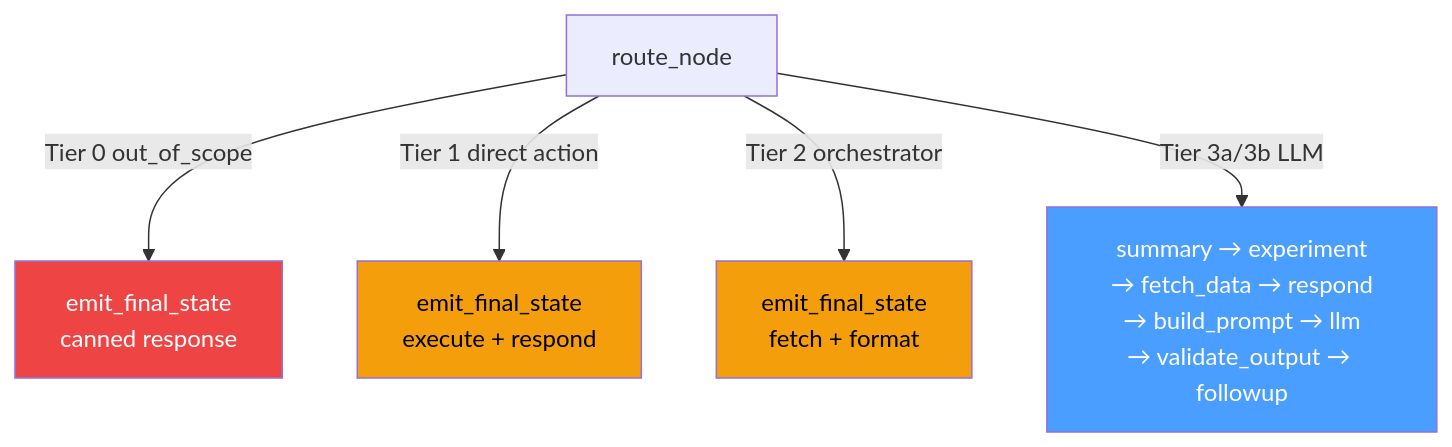
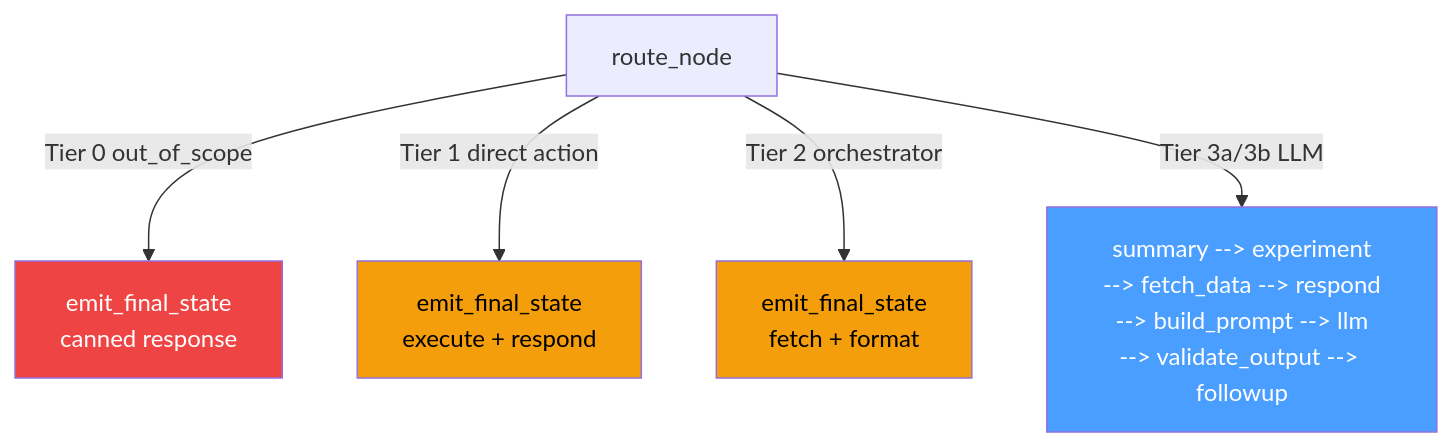
The second of 3 diagrams in docs/pipeline/overview.md (sachin-hg/chat-bot), drawn with Mermaid before and after one commit. The commit also changed 15 other files, not shown here.

````diff
--- a/docs/pipeline/overview.md
+++ b/docs/pipeline/overview.md
@@ -108,13 +108,13 @@
 ```mermaid
 graph TD
     RT[route_node]
     RT -->|Tier 0 out_of_scope| SC0[emit_final_state\ncanned response]
     RT -->|Tier 1 direct action| SC1[emit_final_state\nexecute + respond]
     RT -->|Tier 2 orchestrator| SC2[emit_final_state\nfetch + format]
-    RT -->|Tier 3a/3b LLM| LLM[summary → experiment\n→ fetch_data → respond\n→ build_prompt → llm\n→ validate_output → followup]
+    RT -->|Tier 3a/3b LLM| LLM[summary --> experiment\n--> fetch_data --> respond\n--> build_prompt --> llm\n--> validate_output --> followup]
 
     style SC0 fill:#ef4444,color:#fff
     style SC1 fill:#f59e0b,color:#000
     style SC2 fill:#f59e0b,color:#000
     style LLM fill:#4a9eff,color:#fff
 ```
````
